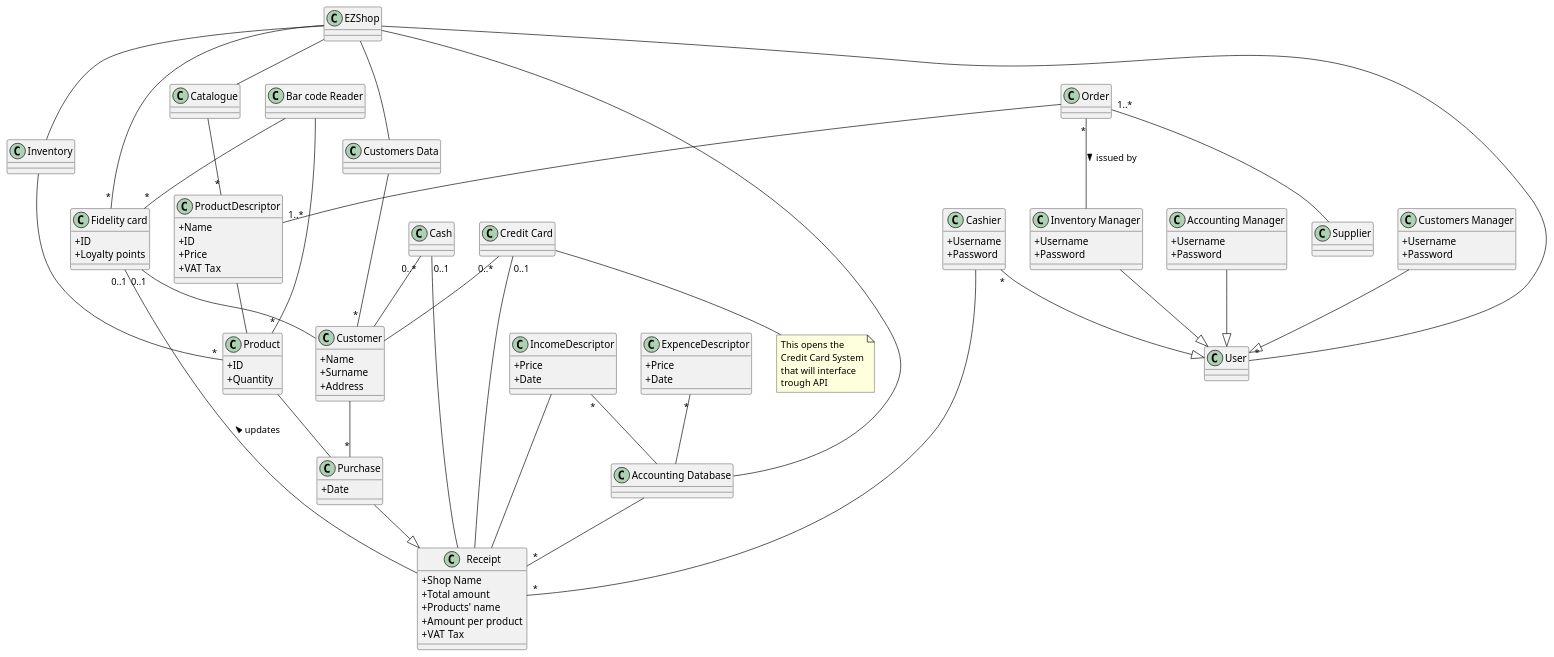
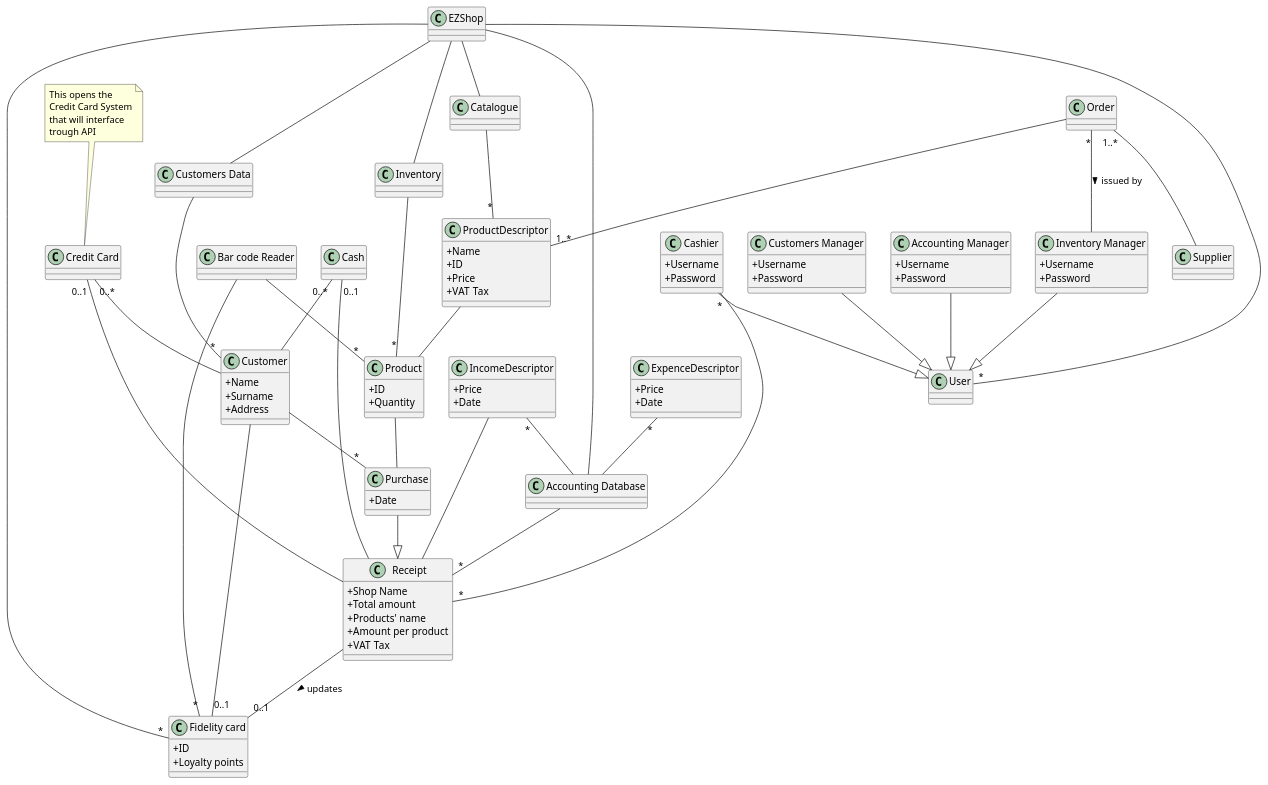
Before and after one commit to GrayNeel/SoftEngProject-EZShop: the third of 5 diagrams in Deliverables/RequirementsDocument.md, drawn with PlantUML.

Commit message:
fix(Requirements): quick fix

```diff
--- a/Deliverables/RequirementsDocument.md
+++ b/Deliverables/RequirementsDocument.md
@@ -528,7 +528,7 @@
 
 }
 
-cc -down- N1
+cc -up- N1
 
 class "Accounting Database" as ad {
 }
```
